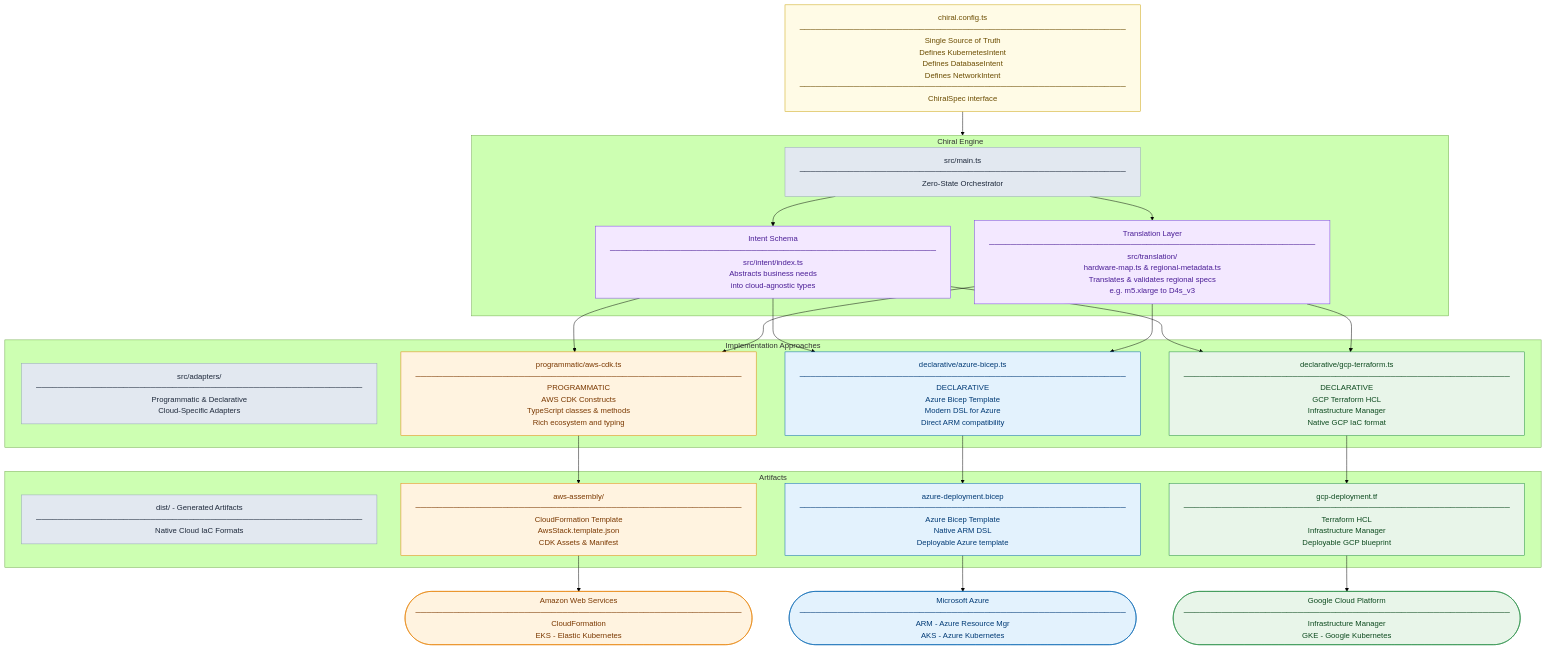
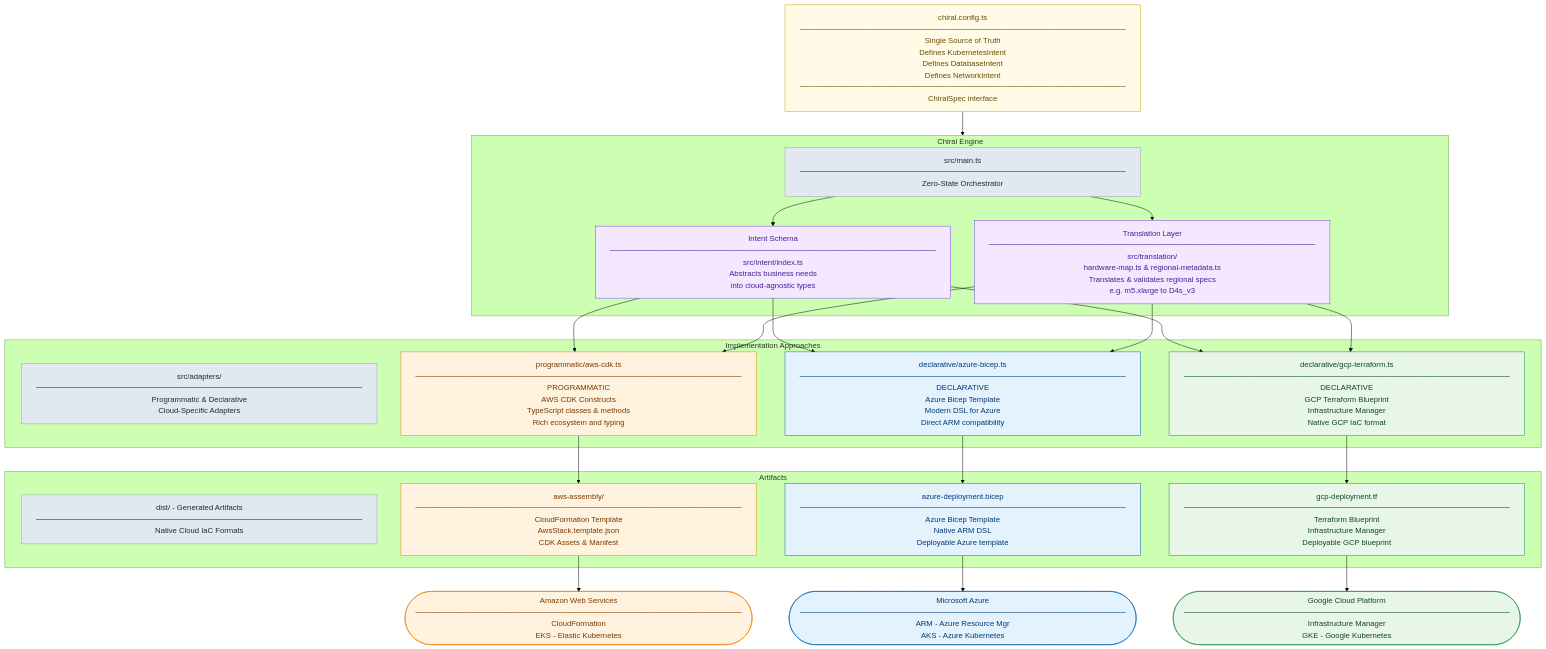
Before and after one commit to lloydchang/chiral-infrastructure-as-code: the diagram in README.md, drawn with Mermaid (forest theme). The commit also changed other lines of this file, not shown here.

Commit message:
docs: Update GCP deployment references from HCL to Blueprint

````diff
--- a/README.md
+++ b/README.md
@@ -311,51 +311,51 @@
 ```mermaid
 flowchart TD
     classDef config   fill:#fffbe6,stroke:#c9a000,color:#6b4c00
     classDef engine   fill:#f3e8ff,stroke:#7c3aed,color:#4a1d96
     classDef awsNode  fill:#fff3e0,stroke:#e67e00,color:#7a3800
     classDef azNode   fill:#e3f2fd,stroke:#0063b1,color:#003a75
     classDef gcpNode  fill:#e8f5e9,stroke:#1e8a3e,color:#0d4a1f
     classDef header   fill:#e2e8f0,stroke:#94a3b8,color:#1e293b
 
     CONFIG[chiral.config.ts<br/>────────────────────────────────────────────────────────────<br/>Single Source of Truth<br/>Defines KubernetesIntent<br/>Defines DatabaseIntent<br/>Defines NetworkIntent<br/>────────────────────────────────────────────────────────────<br/>ChiralSpec interface]:::config
 
     subgraph ENGINE[Chiral Engine]
         EH[src/main.ts<br/>────────────────────────────────────────────────────────────<br/>Zero-State Orchestrator]:::header
         INTENT[Intent Schema<br/>────────────────────────────────────────────────────────────<br/>src/intent/index.ts<br/>Abstracts business needs<br/>into cloud-agnostic types]:::engine
         ROSETTA[Translation Layer<br/>────────────────────────────────────────────────────────────<br/>src/translation/<br/>hardware-map.ts & regional-metadata.ts<br/>Translates & validates regional specs<br/>e.g. m5.xlarge to D4s_v3]:::engine
     end
 
     subgraph ADAPTERS[Implementation Approaches]
         AH[src/adapters/<br/>────────────────────────────────────────────────────────────<br/>Programmatic & Declarative<br/>Cloud-Specific Adapters]:::header
         AWS_A[programmatic/aws-cdk.ts<br/>────────────────────────────────────────────────────────────<br/>PROGRAMMATIC<br/>AWS CDK Constructs<br/>TypeScript classes & methods<br/>Rich ecosystem and typing]:::awsNode
         AZURE_A[declarative/azure-bicep.ts<br/>────────────────────────────────────────────────────────────<br/>DECLARATIVE<br/>Azure Bicep Template<br/>Modern DSL for Azure<br/>Direct ARM compatibility]:::azNode
-        GCP_A[declarative/gcp-terraform.ts<br/>────────────────────────────────────────────────────────────<br/>DECLARATIVE<br/>GCP Terraform HCL<br/>Infrastructure Manager<br/>Native GCP IaC format]:::gcpNode
+        GCP_A[declarative/gcp-terraform.ts<br/>────────────────────────────────────────────────────────────<br/>DECLARATIVE<br/>GCP Terraform Blueprint<br/>Infrastructure Manager<br/>Native GCP IaC format]:::gcpNode
     end
 
     subgraph DIST[Artifacts]
         DH[dist/ - Generated Artifacts<br/>────────────────────────────────────────────────────────────<br/>Native Cloud IaC Formats]:::header
         AWS_D[aws-assembly/<br/>────────────────────────────────────────────────────────────<br/>CloudFormation Template<br/>AwsStack.template.json<br/>CDK Assets & Manifest]:::awsNode
         AZURE_D[azure-deployment.bicep<br/>────────────────────────────────────────────────────────────<br/>Azure Bicep Template<br/>Native ARM DSL<br/>Deployable Azure template]:::azNode
-        GCP_D[gcp-deployment.tf<br/>────────────────────────────────────────────────────────────<br/>Terraform HCL<br/>Infrastructure Manager<br/>Deployable GCP blueprint]:::gcpNode
+        GCP_D[gcp-deployment.tf<br/>────────────────────────────────────────────────────────────<br/>Terraform Blueprint<br/>Infrastructure Manager<br/>Deployable GCP blueprint]:::gcpNode
     end
 
     AWS_C([Amazon Web Services<br/>────────────────────────────────────────────────────────────<br/>CloudFormation<br/>EKS - Elastic Kubernetes]):::awsNode
     AZURE_C([Microsoft Azure<br/>────────────────────────────────────────────────────────────<br/>ARM - Azure Resource Mgr<br/>AKS - Azure Kubernetes]):::azNode
     GCP_C([Google Cloud Platform<br/>────────────────────────────────────────────────────────────<br/>Infrastructure Manager<br/>GKE - Google Kubernetes]):::gcpNode
 
     CONFIG --> ENGINE
     EH --> INTENT
     EH --> ROSETTA
     INTENT --> AWS_A
     INTENT --> AZURE_A
     INTENT --> GCP_A
     ROSETTA --> AWS_A
     ROSETTA --> AZURE_A
     ROSETTA --> GCP_A
     AWS_A --> AWS_D
     AZURE_A --> AZURE_D
     GCP_A --> GCP_D
     AWS_D --> AWS_C
     AZURE_D --> AZURE_C
     GCP_D --> GCP_C
 ```
````
